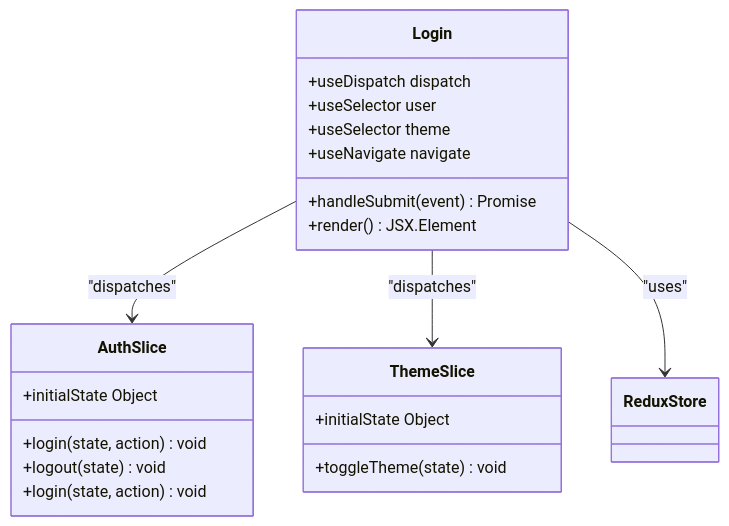
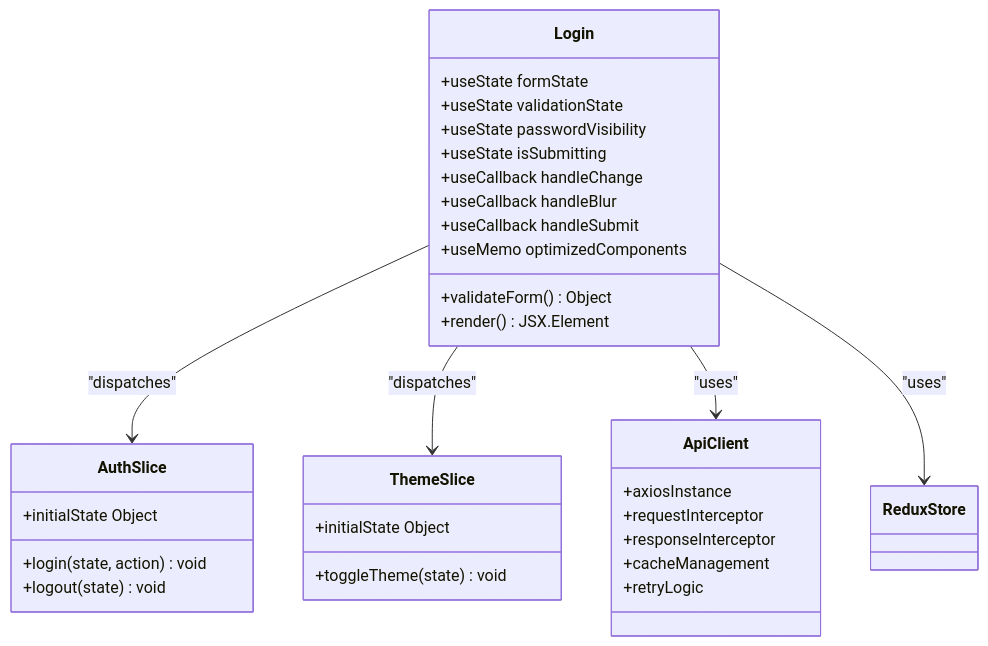
The second of 14 diagrams in .qoder/repowiki/en/content/Authentication & Authorization/Login Page Implementation.md (Aryan9060/Timetable-Project), drawn with Mermaid before and after one commit. The commit also changed other lines of this file and 21 other files, not shown here.

````diff
--- a/.qoder/repowiki/en/content/Authentication & Authorization/Login Page Implementation.md
+++ b/.qoder/repowiki/en/content/Authentication & Authorization/Login Page Implementation.md
@@ -77,24 +91,35 @@
 ```mermaid
 classDiagram
 class Login {
-+useDispatch dispatch
-+useSelector user
-+useSelector theme
-+useNavigate navigate
-+handleSubmit(event) Promise
++useState formState
++useState validationState
++useState passwordVisibility
++useState isSubmitting
++useCallback handleChange
++useCallback handleBlur
++useCallback handleSubmit
++useMemo optimizedComponents
++validateForm() Object
 +render() JSX.Element
 }
 class AuthSlice {
 +initialState Object
 +login(state, action) void
 +logout(state) void
-+login(state, action) void
 }
 class ThemeSlice {
 +initialState Object
 +toggleTheme(state) void
 }
+class ApiClient {
++axiosInstance
++requestInterceptor
++responseInterceptor
++cacheManagement
++retryLogic
+}
 Login --> AuthSlice : "dispatches"
 Login --> ThemeSlice : "dispatches"
+Login --> ApiClient : "uses"
 Login --> ReduxStore : "uses"
 ```
````
